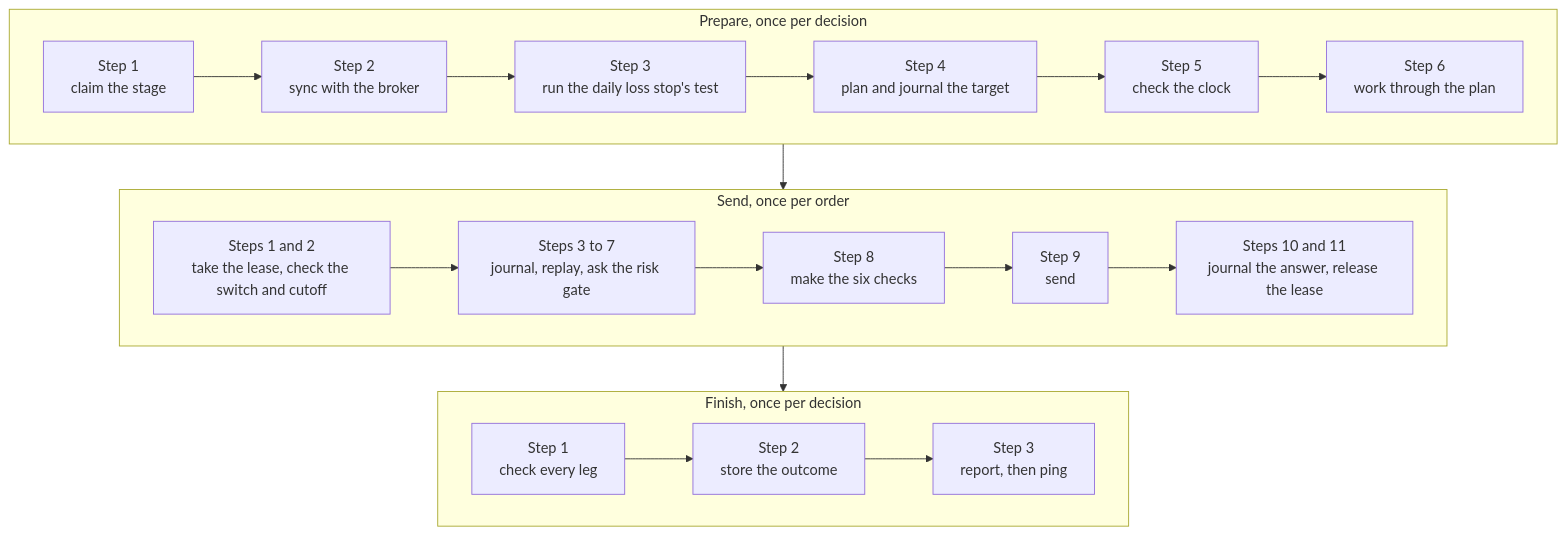
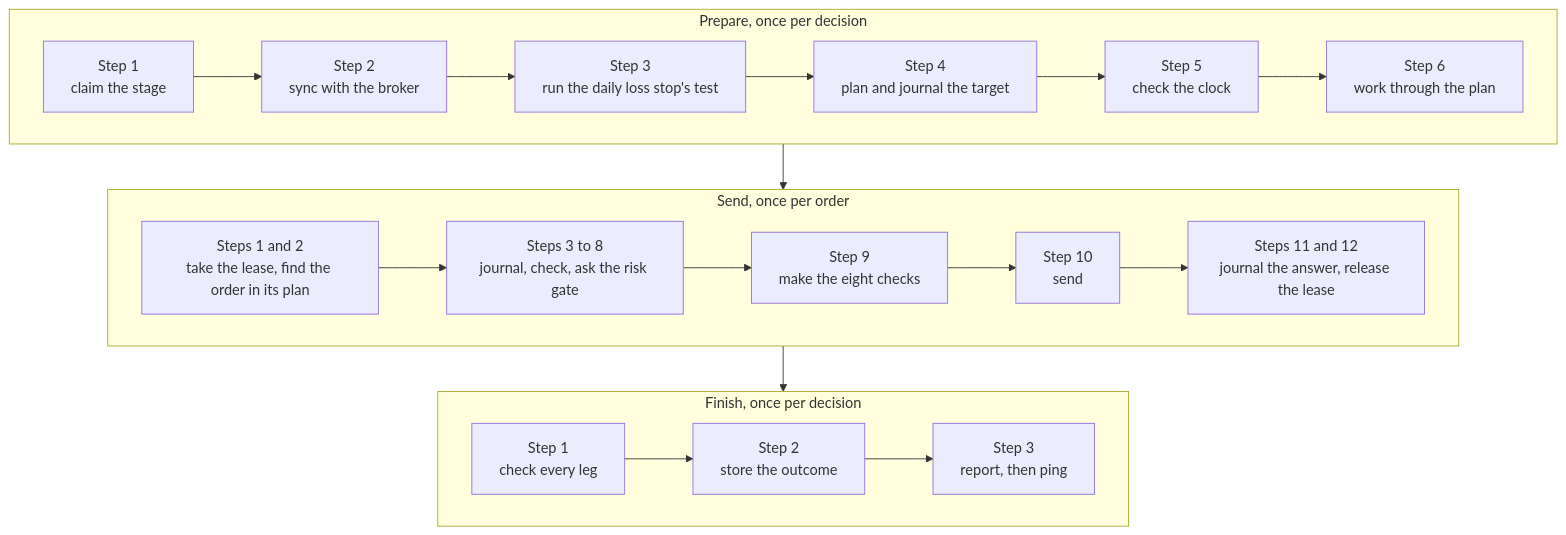
Before and after one commit to l3a0/ithildin-runtime: the ninth of 18 diagrams in docs/architecture/06-runtime.md, drawn with Mermaid. The commit also changed other lines of this file and 45 other files, not shown here.

````diff
--- a/docs/architecture/06-runtime.md
+++ b/docs/architecture/06-runtime.md
@@ -528,17 +536,17 @@
 ```mermaid
 flowchart TB
     subgraph prepare["Prepare, once per decision"]
         direction LR
         a1["Step 1<br/>claim the stage"] --> a2["Step 2<br/>sync with the broker"] --> a3["Step 3<br/>run the daily loss stop's test"] --> a4["Step 4<br/>plan and journal the target"] --> a5["Step 5<br/>check the clock"] --> a6["Step 6<br/>work through the plan"]
     end
     subgraph each["Send, once per order"]
         direction LR
-        b1["Steps 1 and 2<br/>take the lease, check the switch and cutoff"] --> b2["Steps 3 to 7<br/>journal, replay, ask the risk gate"] --> b3["Step 8<br/>make the six checks"] --> b4["Step 9<br/>send"] --> b5["Steps 10 and 11<br/>journal the answer, release the lease"]
+        b1["Steps 1 and 2<br/>take the lease, find the order in its plan"] --> b2["Steps 3 to 8<br/>journal, check, ask the risk gate"] --> b3["Step 9<br/>make the eight checks"] --> b4["Step 10<br/>send"] --> b5["Steps 11 and 12<br/>journal the answer, release the lease"]
     end
     subgraph finish["Finish, once per decision"]
         direction LR
         c1["Step 1<br/>check every leg"] --> c2["Step 2<br/>store the outcome"] --> c3["Step 3<br/>report, then ping"]
     end
     prepare --> each
     each --> finish
 ```
````
